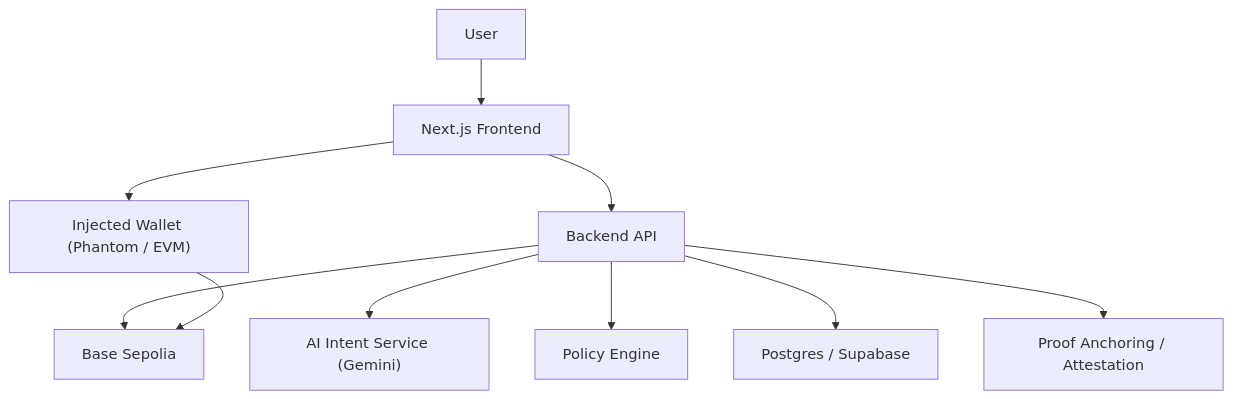
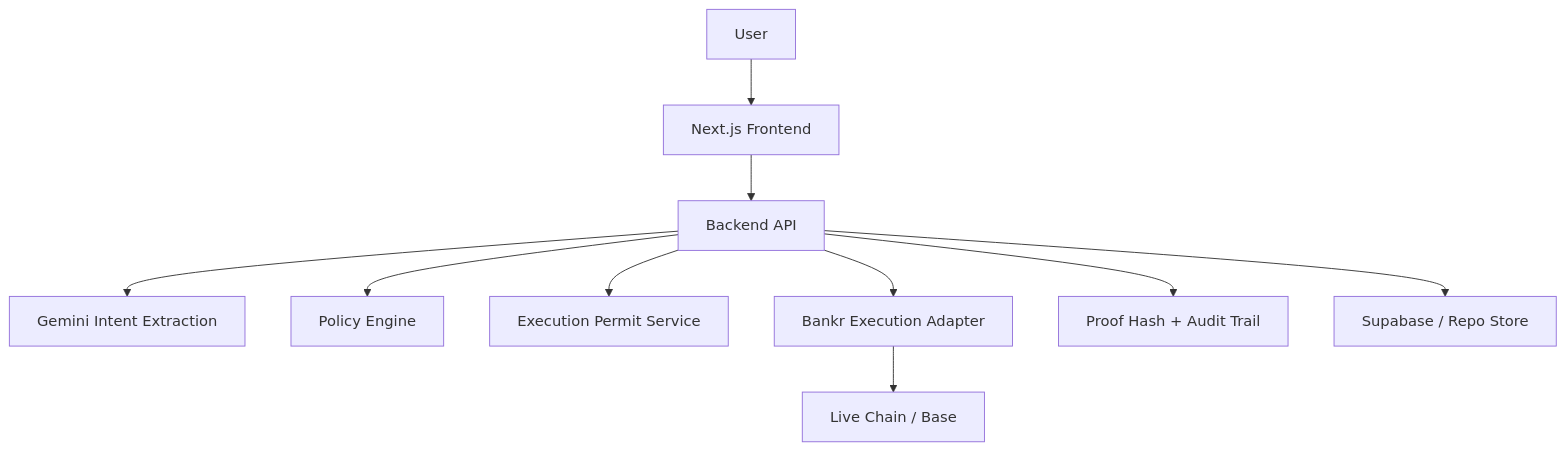
The first of 2 diagrams in planning/04-hld.md (STR7ANGER/VeriPay), drawn with Mermaid before and after one commit. The commit also changed other lines of this file and 34 other files, not shown here.

Commit message:
VP-013 implement Bankr-first delegated guardrails flow

````diff
--- a/planning/04-hld.md
+++ b/planning/04-hld.md
@@ -9,12 +9,12 @@
 ```mermaid
 flowchart TD
     U["User"] --> FE["Next.js Frontend"]
-    FE --> WAL["Injected Wallet (Phantom / EVM)"]
     FE --> API["Backend API"]
-    API --> AIS["AI Intent Service (Gemini)"]
+    API --> AI["Gemini Intent Extraction"]
     API --> POL["Policy Engine"]
-    API --> DB["Postgres / Supabase"]
-    API --> CHAIN["Base Sepolia"]
-    API --> PROOF["Proof Anchoring / Attestation"]
-    WAL --> CHAIN
+    API --> PERMIT["Execution Permit Service"]
+    API --> BANKR["Bankr Execution Adapter"]
+    API --> PROOF["Proof Hash + Audit Trail"]
+    API --> DB["Supabase / Repo Store"]
+    BANKR --> CHAIN["Live Chain / Base"]
 ```
````
